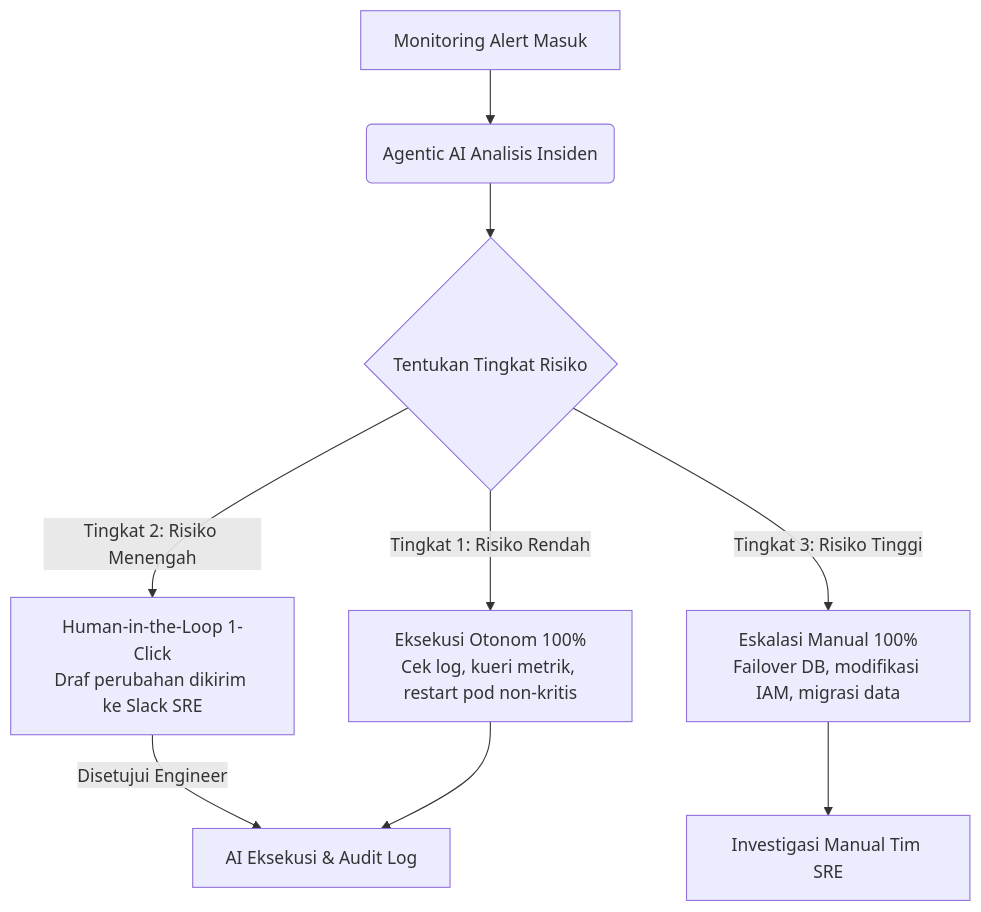
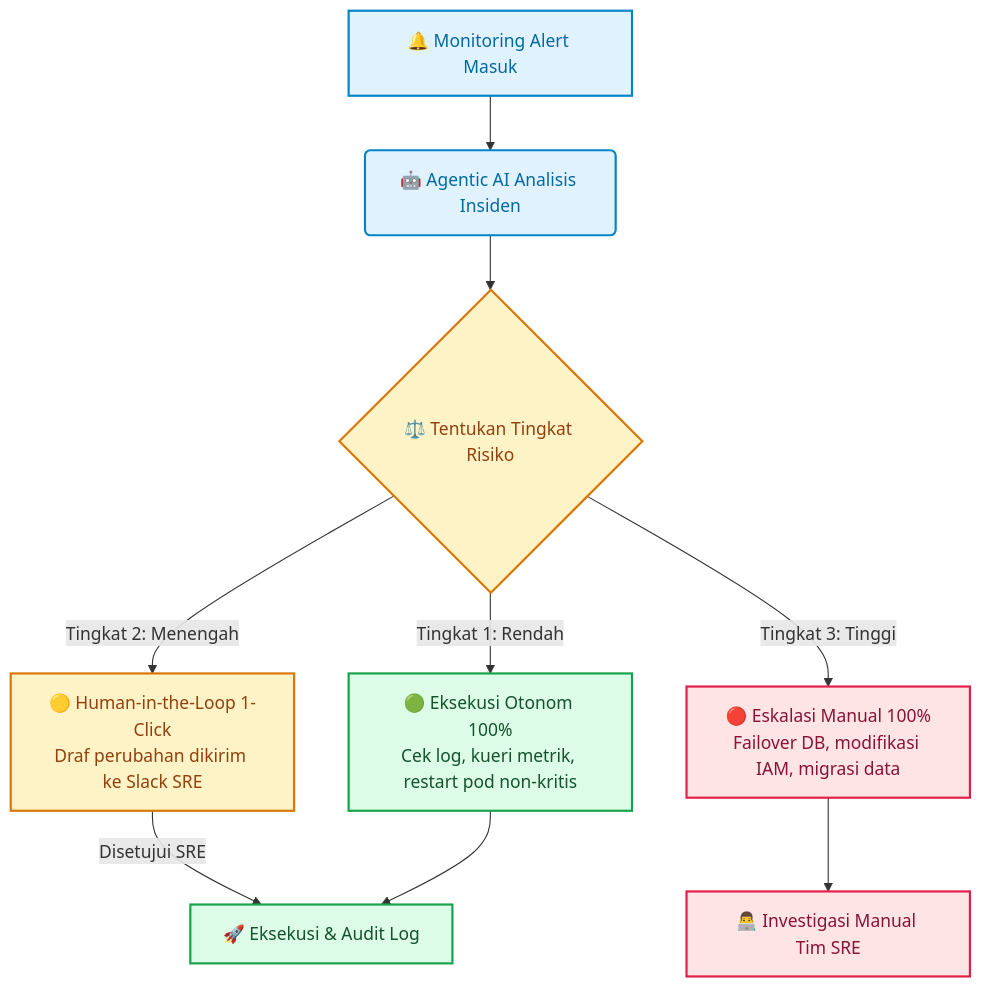
Before and after one commit to abdul-zailani/abdul-zailani.github.io: the diagram in _posts/2026-08-16-mendesain-alur-kerja-agentic-ai.md, drawn with Mermaid. The commit also changed other lines of this file and 12 other files, not shown here.

Commit message:
feat(diagrams): upgrade to mermaid v11 hand-drawn excalidraw style with macos window cards

````diff
--- a/_posts/2026-08-16-mendesain-alur-kerja-agentic-ai.md
+++ b/_posts/2026-08-16-mendesain-alur-kerja-agentic-ai.md
@@ -48,11 +49,21 @@
 ```mermaid
 graph TD
-    A[Monitoring Alert Masuk] --> B(Agentic AI Analisis Insiden)
-    B --> C{Tentukan Tingkat Risiko}
-    C -->|Tingkat 1: Risiko Rendah| D[Eksekusi Otonom 100%<br>Cek log, kueri metrik, restart pod non-kritis]
-    C -->|Tingkat 2: Risiko Menengah| E[Human-in-the-Loop 1-Click<br>Draf perubahan dikirim ke Slack SRE]
-    C -->|Tingkat 3: Risiko Tinggi| F[Eskalasi Manual 100%<br>Failover DB, modifikasi IAM, migrasi data]
-    E -->|Disetujui Engineer| G[AI Eksekusi & Audit Log]
+    A[🔔 Monitoring Alert Masuk] --> B(🤖 Agentic AI Analisis Insiden)
+    B --> C{⚖️ Tentukan Tingkat Risiko}
+    C -->|Tingkat 1: Rendah| D[🟢 Eksekusi Otonom 100%<br>Cek log, kueri metrik, restart pod non-kritis]
+    C -->|Tingkat 2: Menengah| E[🟡 Human-in-the-Loop 1-Click<br>Draf perubahan dikirim ke Slack SRE]
+    C -->|Tingkat 3: Tinggi| F[🔴 Eskalasi Manual 100%<br>Failover DB, modifikasi IAM, migrasi data]
+    E -->|Disetujui SRE| G[🚀 Eksekusi & Audit Log]
     D --> G
-    F --> H[Investigasi Manual Tim SRE]
+    F --> H[👨‍💻 Investigasi Manual Tim SRE]
+
+    classDef primary fill:#E0F2FE,stroke:#0284C7,stroke-width:2px,color:#0369A1;
+    classDef warning fill:#FEF3C7,stroke:#D97706,stroke-width:2px,color:#92400E;
+    classDef success fill:#DCFCE7,stroke:#16A34A,stroke-width:2px,color:#14532D;
+    classDef error fill:#FFE4E6,stroke:#E11D48,stroke-width:2px,color:#881337;
+
+    class A,B primary;
+    class C,E warning;
+    class D,G success;
+    class F,H error;
 ```
````
